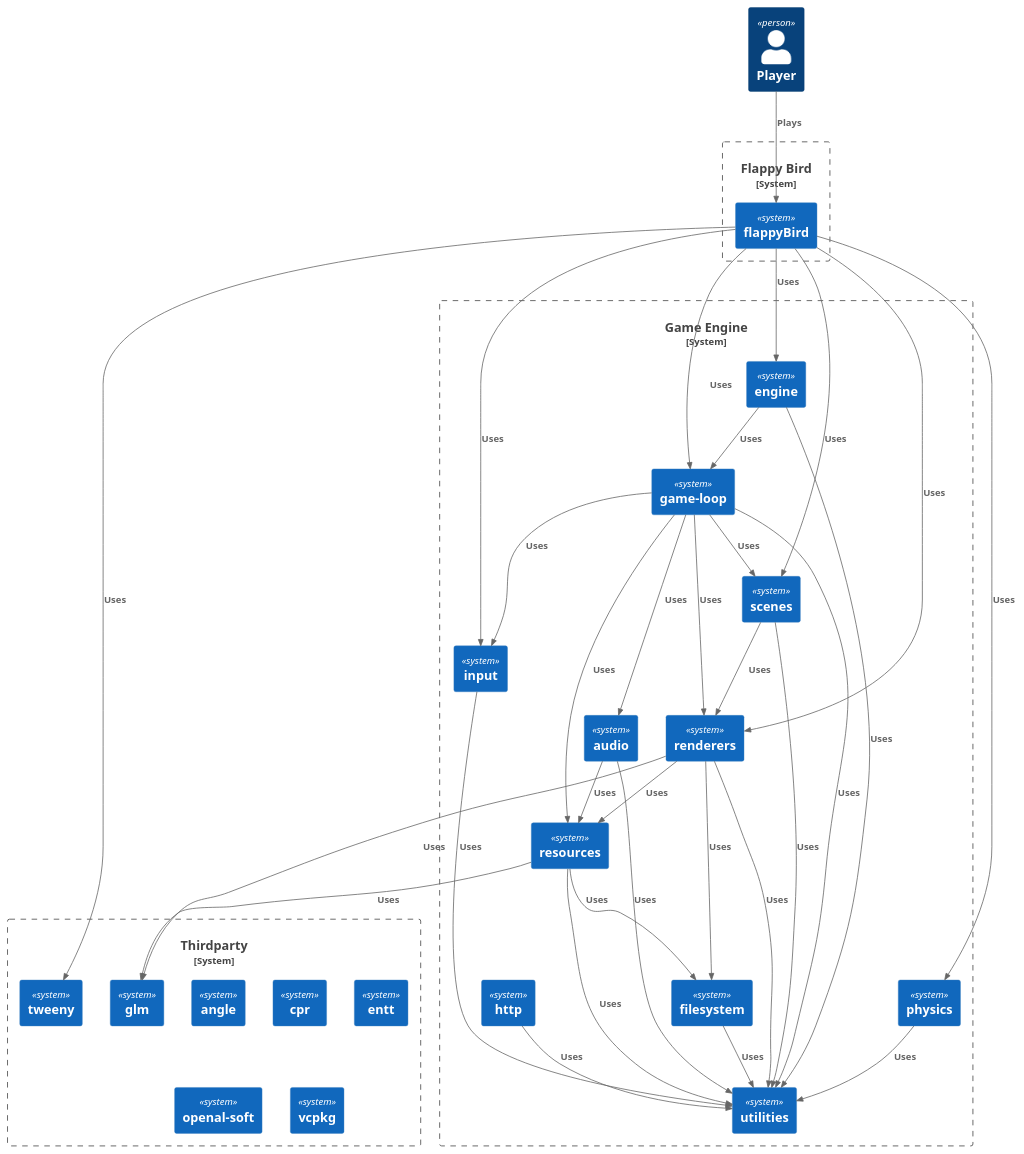
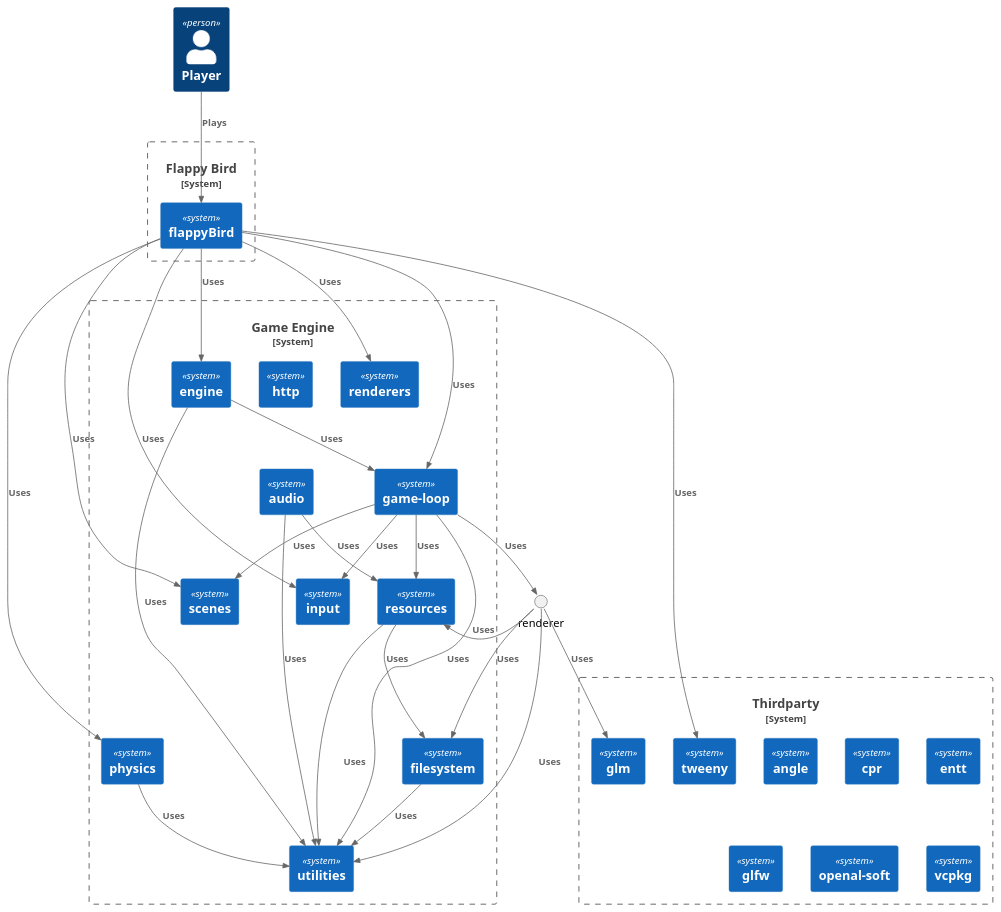
The diagram in docs/component.pu (johanlindfors/GameEngineSandbox), drawn with PlantUML before and after one commit. The commit also changed 1 other file, not shown here.

```diff
--- a/docs/component.pu
+++ b/docs/component.pu
@@ -1,77 +1,69 @@
 @startuml GameEngineSandbox
 !include https://raw.githubusercontent.com/plantuml-stdlib/C4-PlantUML/master/C4_Component.puml
 
 Person(player, "Player")
 
 System_Boundary(game, "Flappy Bird") {
     System(flappyBird, "flappyBird")
 }
 
 System_Boundary(engine, "Game Engine") {
     System(application, "engine")
     System(audio, "audio")
     System(filesystem, "filesystem")
     System(gameLoop, "game-loop")
     System(http, "http")
     System(input, "input")
     System(physics, "physics")
     System(renderers, "renderers")
     System(resources, "resources")
     System(scenes, "scenes")
     System(utilities, "utilities")
-}
+  }
 
 System_Boundary(thirdparty, "Thirdparty") {
     System(angle, "angle")
     System(cpr, "cpr")
     System(entt, "entt")
+    System(glfw, "glfw")
     System(glm, "glm")
     System(openalSoft, "openal-soft")
     System(tweeny, "tweeny")
     System(vcpkg, "vcpkg")
 }
 
 Rel(player, flappyBird, Plays)
 
 Rel(flappyBird, application, Uses)
 Rel(flappyBird, gameLoop, Uses)
 Rel(flappyBird, renderers, Uses)
 Rel(flappyBird, input, Uses)
 Rel(flappyBird, scenes, Uses)
 Rel(flappyBird, physics, Uses)
 Rel(flappyBird, tweeny, Uses)
 
 Rel(application, gameLoop, Uses)
 Rel(application, utilities, Uses)
 
 Rel(audio, utilities, Uses)
 Rel(audio, resources, Uses)
 
 Rel(filesystem, utilities, Uses)
 
 Rel(gameLoop, utilities, Uses)
 Rel(gameLoop, scenes, Uses)
 Rel(gameLoop, input, Uses)
-Rel(gameLoop, audio, Uses)
 Rel(gameLoop, resources, Uses)
-Rel(gameLoop, renderers, Uses)
-
-Rel(http, utilities, Uses)
-
-Rel(input, utilities, Uses)
+Rel(gameLoop, renderer, Uses)
 
 Rel(physics, utilities, Uses)
 
-Rel(renderers, utilities, Uses)
-Rel(renderers, filesystem, Uses)
-Rel(renderers, resources, Uses)
-Rel(renderers, glm, Uses)
+Rel(renderer, utilities, Uses)
+Rel(renderer, filesystem, Uses)
+Rel(renderer, resources, Uses)
+Rel(renderer, glm, Uses)
 
 Rel(resources, utilities, Uses)
 Rel(resources, filesystem, Uses)
-Rel(resources, glm, Uses)
-
-Rel(scenes, renderers, Uses)
-Rel(scenes, utilities, Uses)
 
 @enduml
```
